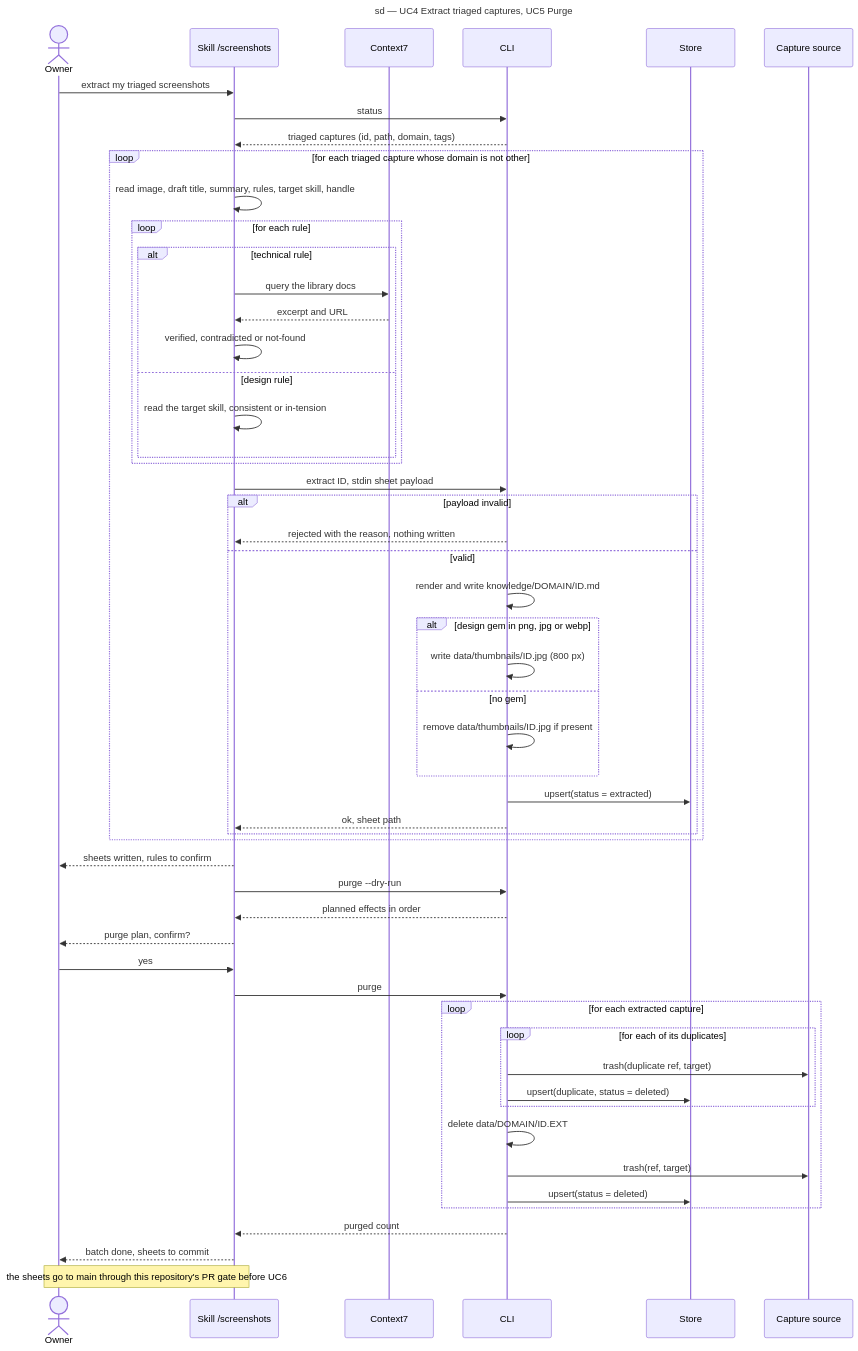
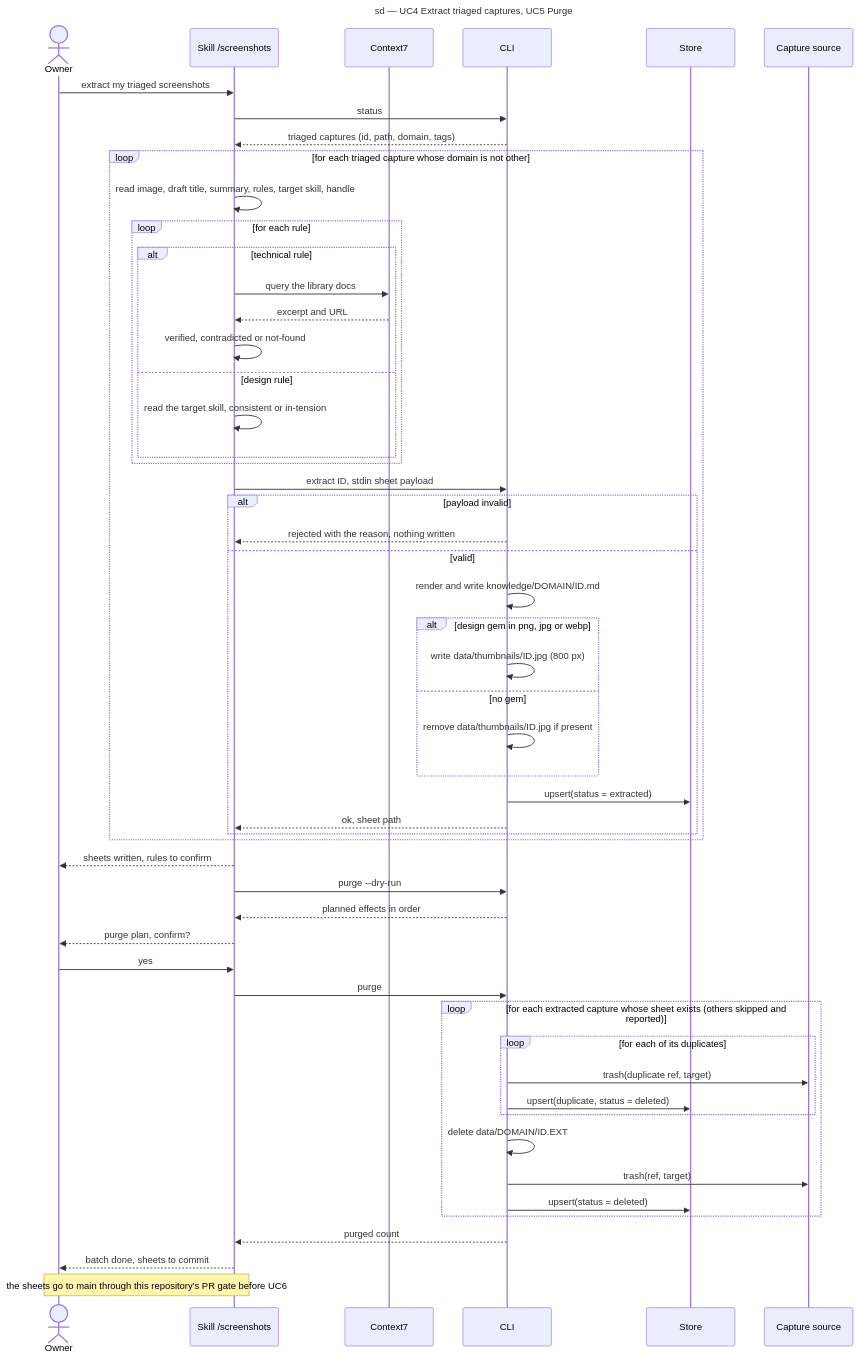
Before and after one commit to benoit-bremaud/screenshot-triage: the diagram in docs/architecture/diagrams/extract/02-sequence-extract-batch.md, drawn with Mermaid. The commit also changed 41 other files, not shown here.

````diff
--- a/docs/architecture/diagrams/extract/02-sequence-extract-batch.md
+++ b/docs/architecture/diagrams/extract/02-sequence-extract-batch.md
@@ -14,56 +14,56 @@
 ```mermaid
 sequenceDiagram
   title sd — UC4 Extract triaged captures, UC5 Purge
   actor Owner
   participant Skill as Skill /screenshots
   participant Docs as Context7
   participant CLI as CLI
   participant Store as Store
   participant Source as Capture source
   Owner->>Skill: extract my triaged screenshots
   Skill->>CLI: status
   CLI-->>Skill: triaged captures (id, path, domain, tags)
   loop for each triaged capture whose domain is not other
     Skill->>Skill: read image, draft title, summary, rules, target skill, handle
     loop for each rule
       alt technical rule
         Skill->>Docs: query the library docs
         Docs-->>Skill: excerpt and URL
         Skill->>Skill: verified, contradicted or not-found
       else design rule
         Skill->>Skill: read the target skill, consistent or in-tension
       end
     end
     Skill->>CLI: extract ID, stdin sheet payload
     alt payload invalid
       CLI-->>Skill: rejected with the reason, nothing written
     else valid
       CLI->>CLI: render and write knowledge/DOMAIN/ID.md
       alt design gem in png, jpg or webp
         CLI->>CLI: write data/thumbnails/ID.jpg (800 px)
       else no gem
         CLI->>CLI: remove data/thumbnails/ID.jpg if present
       end
       CLI->>Store: upsert(status = extracted)
       CLI-->>Skill: ok, sheet path
     end
   end
   Skill-->>Owner: sheets written, rules to confirm
   Skill->>CLI: purge --dry-run
   CLI-->>Skill: planned effects in order
   Skill-->>Owner: purge plan, confirm?
   Owner->>Skill: yes
   Skill->>CLI: purge
-  loop for each extracted capture
+  loop for each extracted capture whose sheet exists (others skipped and reported)
     loop for each of its duplicates
       CLI->>Source: trash(duplicate ref, target)
       CLI->>Store: upsert(duplicate, status = deleted)
     end
     CLI->>CLI: delete data/DOMAIN/ID.EXT
     CLI->>Source: trash(ref, target)
     CLI->>Store: upsert(status = deleted)
   end
   CLI-->>Skill: purged count
   Skill-->>Owner: batch done, sheets to commit
   Note over Owner,Skill: the sheets go to main through this repository's PR gate before UC6
 ```
````
